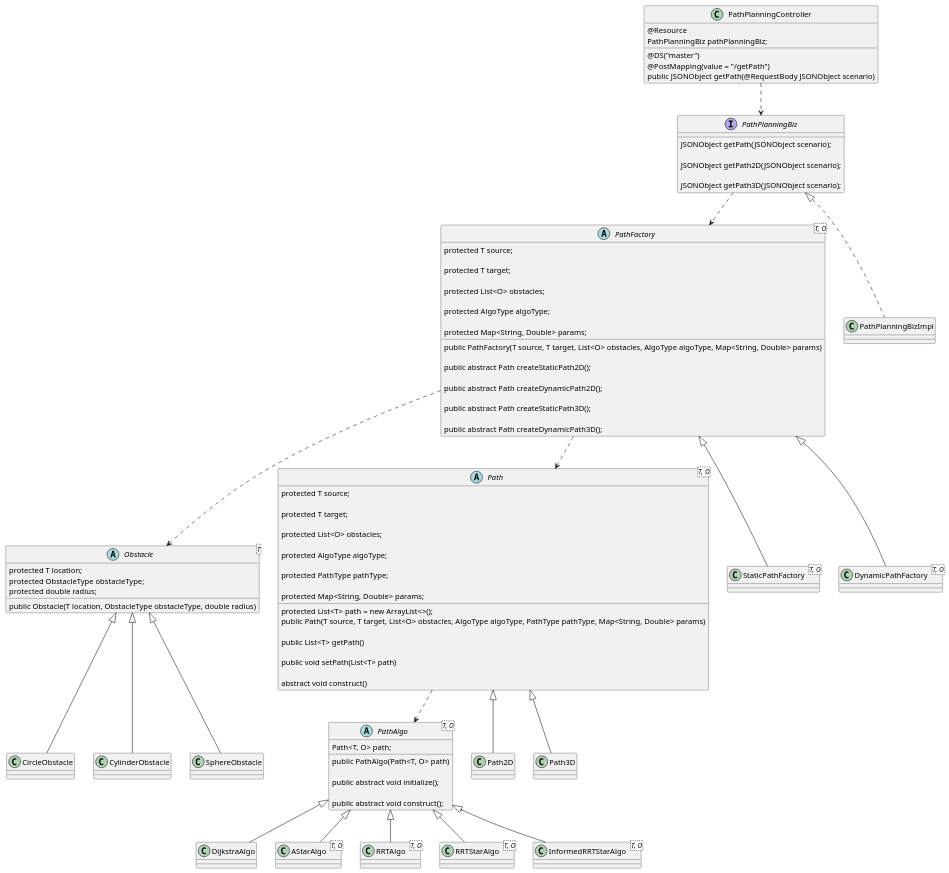
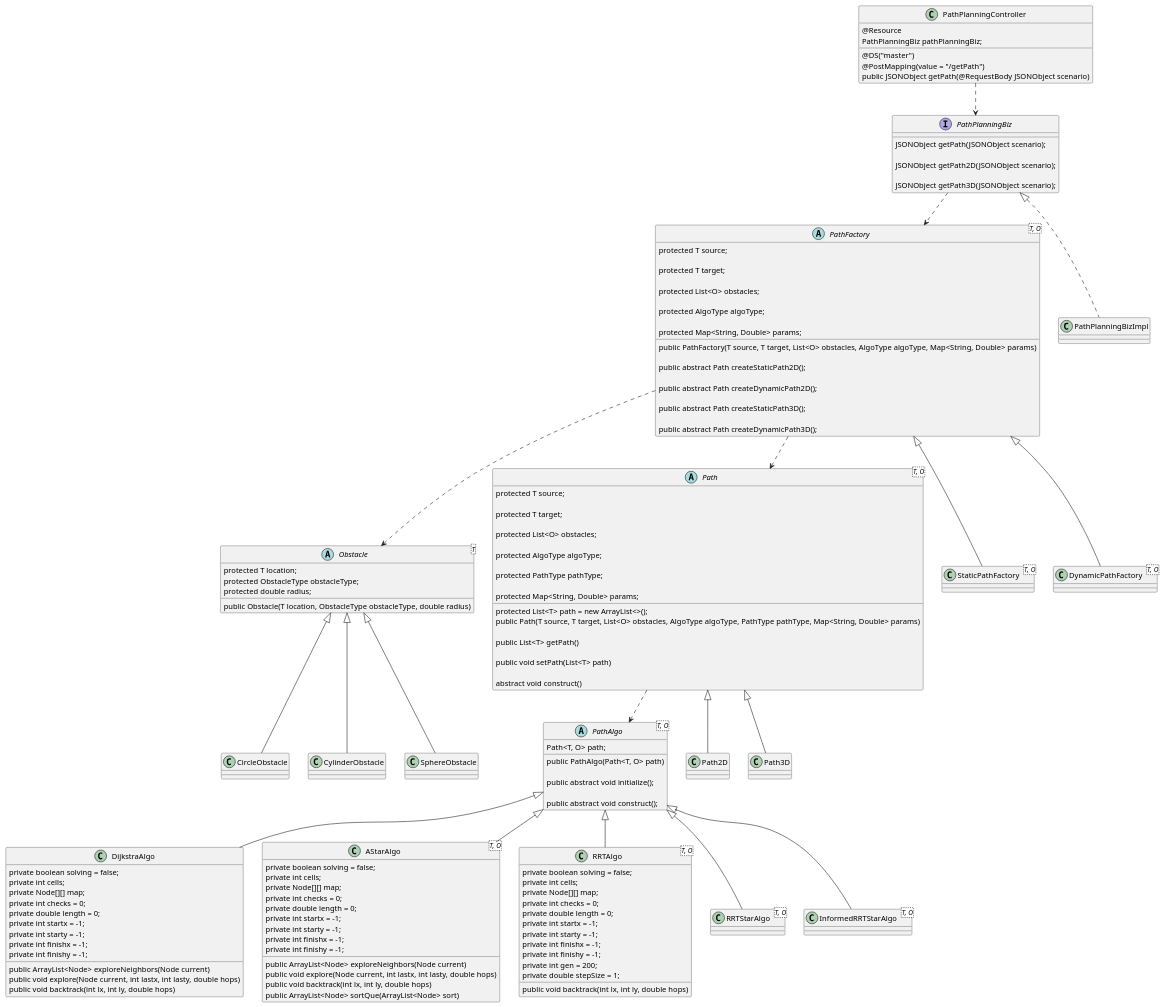
One commit to SHENYY1993/PathPlanning_SpringBoot changed the diagram in src/main/resources/umldoc/algo.puml. Above: the diagram before and after it, drawn with PlantUML.

Commit message:
Algo UML类图更新

```diff
--- a/src/main/resources/umldoc/algo.puml
+++ b/src/main/resources/umldoc/algo.puml
@@ -1,106 +1,155 @@
 @startuml
 '===================================
 PathFactory ..> Obstacle
 PathFactory ..> Path
 Path ..> PathAlgo
 PathPlanningController ..> PathPlanningBiz
 PathPlanningBiz ..> PathFactory
 
 '===================================
 class Path2D extends Path
 class Path3D extends Path
 class CircleObstacle extends Obstacle
 class CylinderObstacle extends Obstacle
 class SphereObstacle extends Obstacle
 class StaticPathFactory<T, O> extends PathFactory
 class DynamicPathFactory<T, O> extends PathFactory
-class DijkstraAlgo extends PathAlgo
-class AStarAlgo<T, O> extends PathAlgo
-class RRTAlgo<T, O> extends PathAlgo
-class RRTStarAlgo<T, O> extends PathAlgo
-class InformedRRTStarAlgo<T, O> extends PathAlgo
 
 class PathPlanningBizImpl implements PathPlanningBiz
 
 '===================================
 abstract class PathFactory<T, O> {
     protected T source;
 
     protected T target;
 
     protected List<O> obstacles;
 
     protected AlgoType algoType;
 
     protected Map<String, Double> params;
 
     public PathFactory(T source, T target, List<O> obstacles, AlgoType algoType, Map<String, Double> params)
 
     public abstract Path createStaticPath2D();
 
     public abstract Path createDynamicPath2D();
 
     public abstract Path createStaticPath3D();
 
     public abstract Path createDynamicPath3D();
 }
 
 abstract class Path<T, O> {
     protected List<T> path = new ArrayList<>();
 
     protected T source;
 
     protected T target;
 
     protected List<O> obstacles;
 
     protected AlgoType algoType;
 
     protected PathType pathType;
 
     protected Map<String, Double> params;
 
     public Path(T source, T target, List<O> obstacles, AlgoType algoType, PathType pathType, Map<String, Double> params)
 
     public List<T> getPath()
 
     public void setPath(List<T> path)
 
     abstract void construct()
 }
 
 abstract class Obstacle<T> {
     protected T location;
     protected ObstacleType obstacleType;
     protected double radius;
 
     public Obstacle(T location, ObstacleType obstacleType, double radius)
 }
 
 abstract class PathAlgo<T, O> {
     Path<T, O> path;
 
     public PathAlgo(Path<T, O> path)
 
     public abstract void initialize();
 
     public abstract void construct();
 }
 
 class PathPlanningController {
     @Resource
     PathPlanningBiz pathPlanningBiz;
 
     @DS("master")
     @PostMapping(value = "/getPath")
     public JSONObject getPath(@RequestBody JSONObject scenario)
 }
 
 interface PathPlanningBiz {
     JSONObject getPath(JSONObject scenario);
 
     JSONObject getPath2D(JSONObject scenario);
 
     JSONObject getPath3D(JSONObject scenario);
 }
+
+class DijkstraAlgo extends PathAlgo {
+    private boolean solving = false;
+    private int cells;
+    private Node[][] map;
+    private int checks = 0;
+    private double length = 0;
+    private int startx = -1;
+    private int starty = -1;
+    private int finishx = -1;
+    private int finishy = -1;
+
+    public ArrayList<Node> exploreNeighbors(Node current)
+    public void explore(Node current, int lastx, int lasty, double hops)
+    public void backtrack(int lx, int ly, double hops)
+}
+
+class AStarAlgo<T, O> extends PathAlgo {
+    private boolean solving = false;
+    private int cells;
+    private Node[][] map;
+    private int checks = 0;
+    private double length = 0;
+    private int startx = -1;
+    private int starty = -1;
+    private int finishx = -1;
+    private int finishy = -1;
+
+    public ArrayList<Node> exploreNeighbors(Node current)
+    public void explore(Node current, int lastx, int lasty, double hops)
+    public void backtrack(int lx, int ly, double hops)
+    public ArrayList<Node> sortQue(ArrayList<Node> sort)
+}
+
+class RRTAlgo<T, O> extends PathAlgo{
+    private boolean solving = false;
+    private int cells;
+    private Node[][] map;
+    private int checks = 0;
+    private double length = 0;
+    private int startx = -1;
+    private int starty = -1;
+    private int finishx = -1;
+    private int finishy = -1;
+    private int gen = 200;
+    private double stepSize = 1;
+
+    public void backtrack(int lx, int ly, double hops)
+}
+
+class RRTStarAlgo<T, O> extends PathAlgo{
+}
+class InformedRRTStarAlgo<T, O> extends PathAlgo{
+}
 @enduml
```
